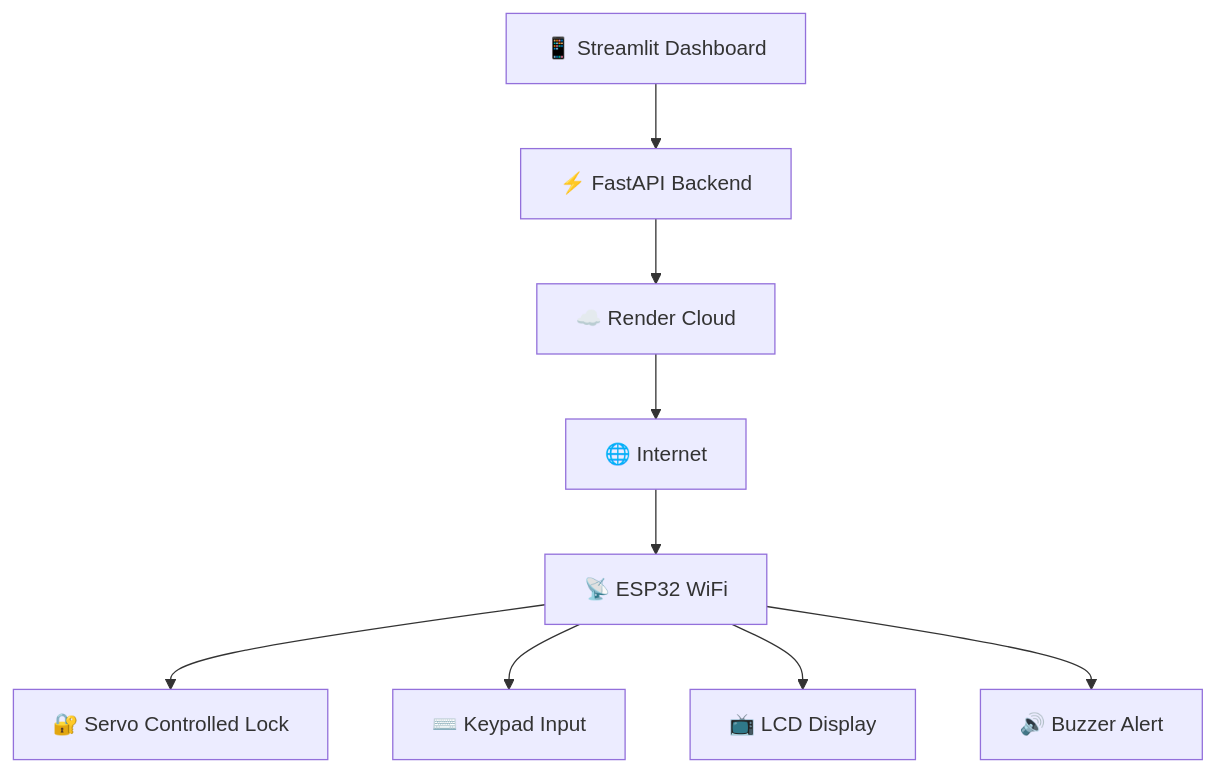
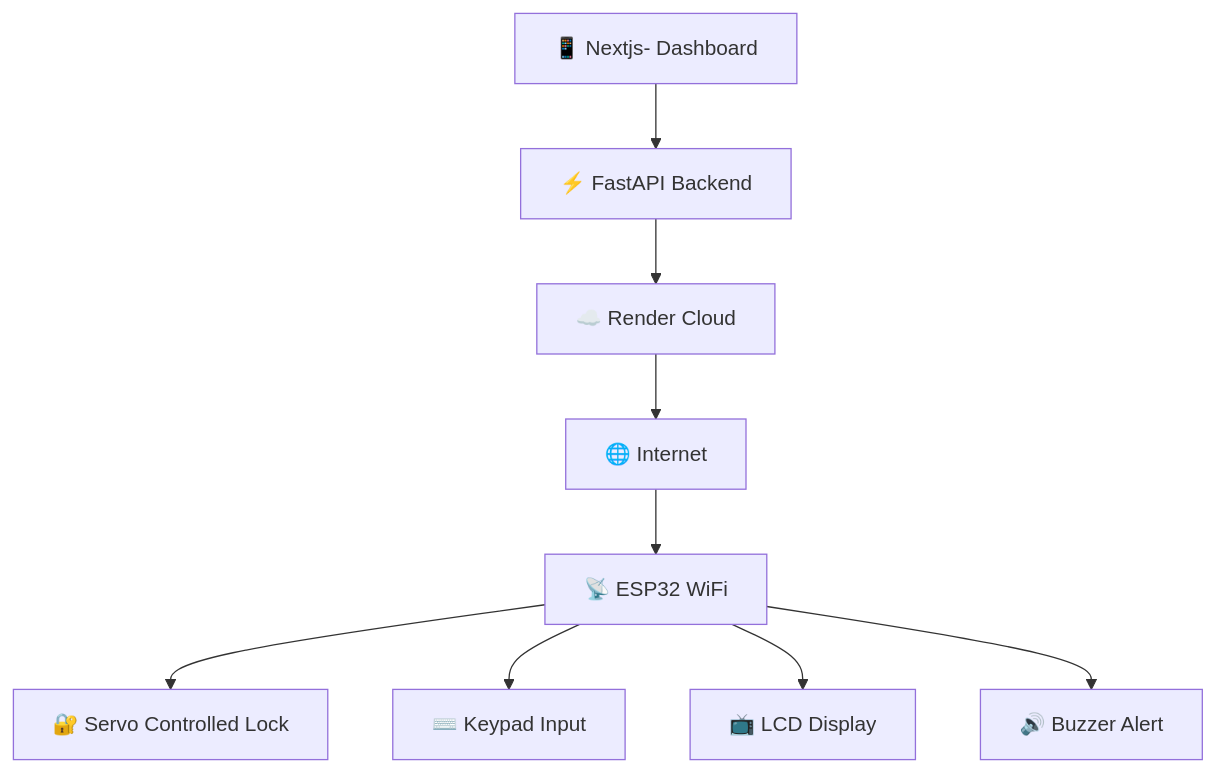
One commit to emmyKcodes/Iot-Door-Lock-System changed the diagram in README.md. Above: the diagram before and after it, drawn with Mermaid.

Commit message:
Update dashboard technology from Streamlit to Next.js

````diff
--- a/README.md
+++ b/README.md
@@ -48,11 +48,11 @@
 ```mermaid
 graph TB
-    A[📱 Streamlit Dashboard] --> B[⚡ FastAPI Backend]
+    A[📱 Nextjs- Dashboard] --> B[⚡ FastAPI Backend]
     B --> C[☁️ Render Cloud]
     C --> D[🌐 Internet]
     D --> E[📡 ESP32 WiFi]
     E --> F[🔐 Servo Controlled Lock]
     E --> G[⌨️ Keypad Input]
     E --> H[📺 LCD Display]
     E --> I[🔊 Buzzer Alert]
 ```
````
